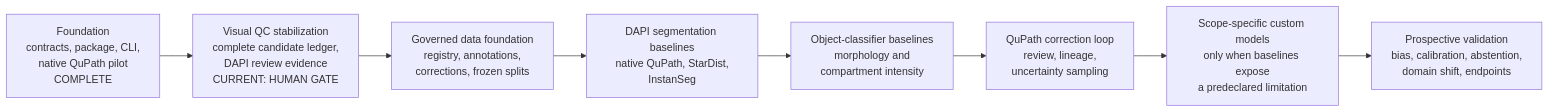
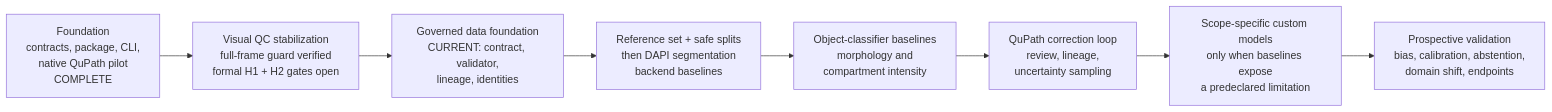
Before and after one commit to xorca0711/IFQuant-Platform: the second of 2 diagrams in README.md, drawn with Mermaid. The commit also changed other lines of this file and 20 other files, not shown here.

Commit message:
Establish governed observation-set foundation

````diff
--- a/README.md
+++ b/README.md
@@ -166,13 +173,13 @@
 ```mermaid
 flowchart LR
     M0["Foundation<br/>contracts, package, CLI,<br/>native QuPath pilot<br/>COMPLETE"]
-    Q1["Visual QC stabilization<br/>complete candidate ledger,<br/>DAPI review evidence<br/>CURRENT: HUMAN GATE"]
-    M1["Governed data foundation<br/>registry, annotations,<br/>corrections, frozen splits"]
-    M2["DAPI segmentation baselines<br/>native QuPath, StarDist,<br/>InstanSeg"]
+    Q1["Visual QC stabilization<br/>full-frame guard verified<br/>formal H1 + H2 gates open"]
+    M1["Governed data foundation<br/>CURRENT: contract, validator,<br/>lineage, identities"]
+    M2["Reference set + safe splits<br/>then DAPI segmentation<br/>backend baselines"]
     M3["Object-classifier baselines<br/>morphology and<br/>compartment intensity"]
     M4["QuPath correction loop<br/>review, lineage,<br/>uncertainty sampling"]
     M5["Scope-specific custom models<br/>only when baselines expose<br/>a predeclared limitation"]
     M6["Prospective validation<br/>bias, calibration, abstention,<br/>domain shift, endpoints"]
 
     M0 --> Q1 --> M1 --> M2 --> M3 --> M4 --> M5 --> M6
 ```
````
